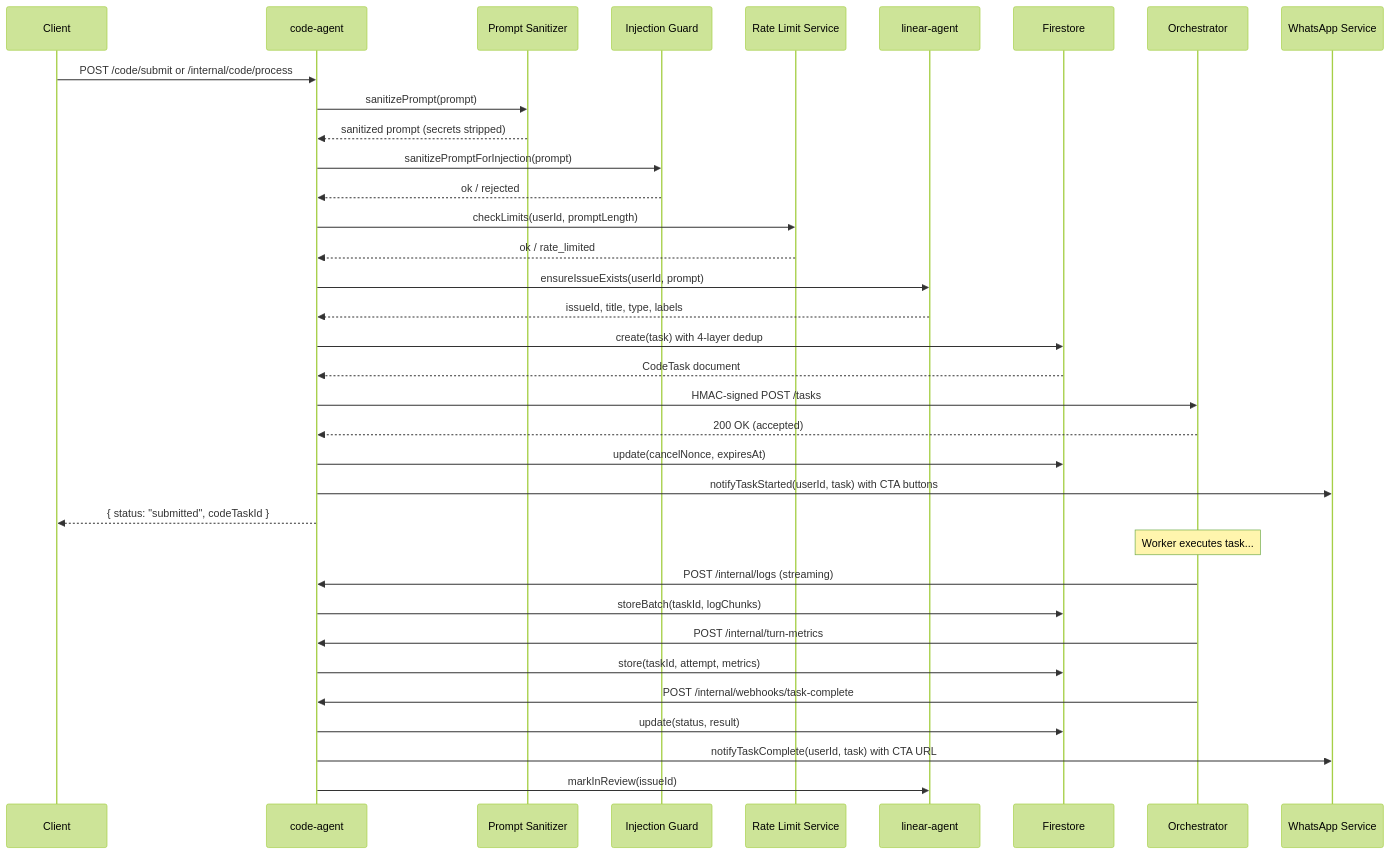
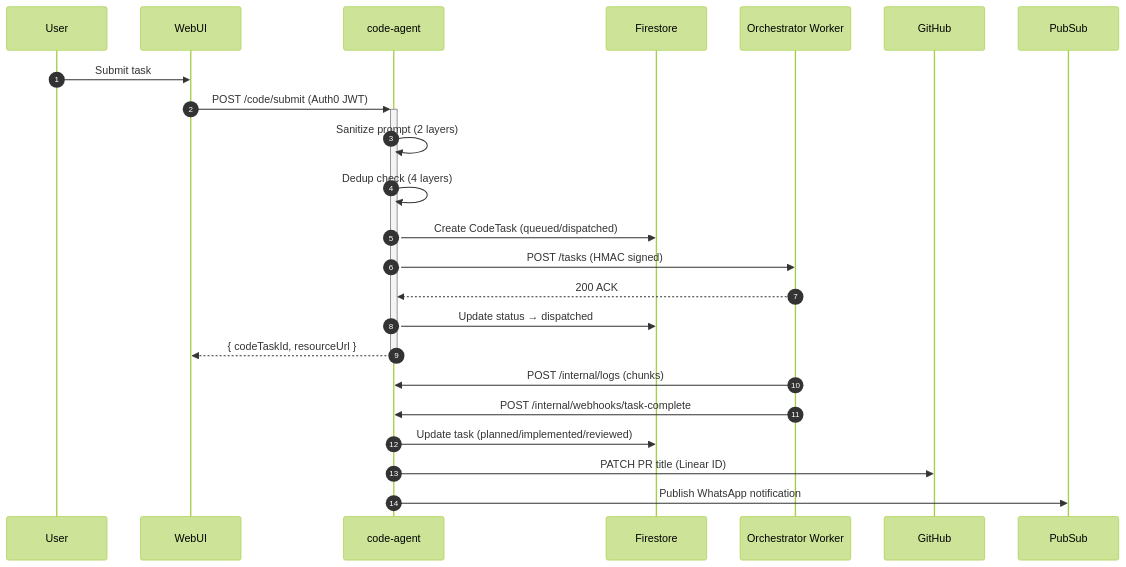
Before and after one commit to pbuchman/intexuraos: the second of 2 diagrams in docs/services/code-agent/technical.md, drawn with Mermaid (forest theme). The commit also changed other lines of this file and 153 other files, not shown here.

````diff
--- a/docs/services/code-agent/technical.md
+++ b/docs/services/code-agent/technical.md
@@ -78,46 +79,26 @@
 ```mermaid
 sequenceDiagram
-    participant Client
+    autonumber
+    participant User
+    participant WebUI
     participant CodeAgent as code-agent
-    participant Sanitizer as Prompt Sanitizer
-    participant Injection as Injection Guard
-    participant RateLimit as Rate Limit Service
-    participant Linear as linear-agent
     participant Firestore
-    participant Worker as Orchestrator
-    participant WhatsApp as WhatsApp Service
+    participant Worker as Orchestrator Worker
+    participant GitHub
 
-    Client->>CodeAgent: POST /code/submit or /internal/code/process
-    CodeAgent->>Sanitizer: sanitizePrompt(prompt)
-    Sanitizer-->>CodeAgent: sanitized prompt (secrets stripped)
-    CodeAgent->>Injection: sanitizePromptForInjection(prompt)
-    Injection-->>CodeAgent: ok / rejected
-    CodeAgent->>RateLimit: checkLimits(userId, promptLength)
-    RateLimit-->>CodeAgent: ok / rate_limited
+    User->>WebUI: Submit task
+    WebUI->>+CodeAgent: POST /code/submit (Auth0 JWT)
+    CodeAgent->>CodeAgent: Sanitize prompt (2 layers)
+    CodeAgent->>CodeAgent: Dedup check (4 layers)
+    CodeAgent->>Firestore: Create CodeTask (queued/dispatched)
+    CodeAgent->>Worker: POST /tasks (HMAC signed)
+    Worker-->>CodeAgent: 200 ACK
+    CodeAgent->>Firestore: Update status → dispatched
+    CodeAgent-->>-WebUI: { codeTaskId, resourceUrl }
 
-    CodeAgent->>Linear: ensureIssueExists(userId, prompt)
-    Linear-->>CodeAgent: issueId, title, type, labels
-
-    CodeAgent->>Firestore: create(task) with 4-layer dedup
-    Firestore-->>CodeAgent: CodeTask document
-
-    CodeAgent->>Worker: HMAC-signed POST /tasks
-    Worker-->>CodeAgent: 200 OK (accepted)
-
-    CodeAgent->>Firestore: update(cancelNonce, expiresAt)
-    CodeAgent->>WhatsApp: notifyTaskStarted(userId, task) with CTA buttons
-    CodeAgent-->>Client: { status: "submitted", codeTaskId }
-
-    Note over Worker: Worker executes task...
-
-    Worker->>CodeAgent: POST /internal/logs (streaming)
-    CodeAgent->>Firestore: storeBatch(taskId, logChunks)
-
-    Worker->>CodeAgent: POST /internal/turn-metrics
-    CodeAgent->>Firestore: store(taskId, attempt, metrics)
-
+    Worker->>CodeAgent: POST /internal/logs (chunks)
     Worker->>CodeAgent: POST /internal/webhooks/task-complete
-    CodeAgent->>Firestore: update(status, result)
-    CodeAgent->>WhatsApp: notifyTaskComplete(userId, task) with CTA URL
-    CodeAgent->>Linear: markInReview(issueId)
+    CodeAgent->>Firestore: Update task (planned/implemented/reviewed)
+    CodeAgent->>GitHub: PATCH PR title (Linear ID)
+    CodeAgent->>PubSub: Publish WhatsApp notification
 ```
````
